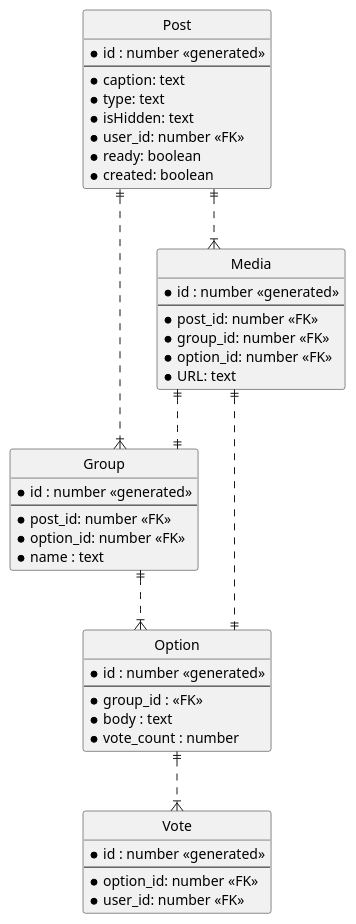
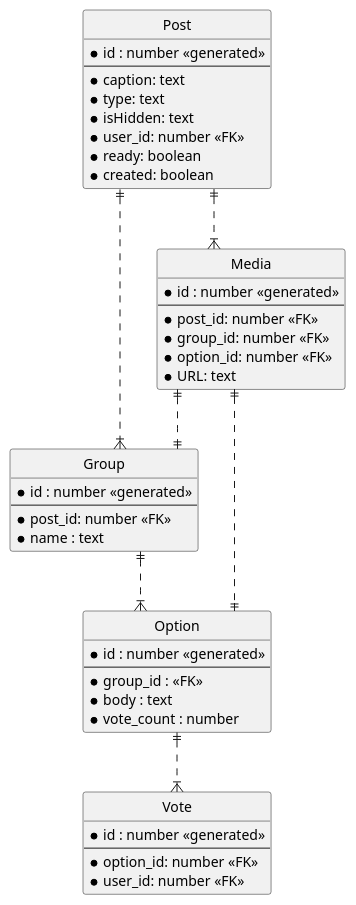
One commit to saifaldin/diagrams changed the diagram in services_diagrams_databases/post/post.database.plantuml. Above: the diagram before and after it, drawn with PlantUML.

Commit message:
fix DB group table column

```diff
--- a/services_diagrams_databases/post/post.database.plantuml
+++ b/services_diagrams_databases/post/post.database.plantuml
@@ -1,60 +1,59 @@
 @startuml posts_database
 ' hide the spot
 hide circle
 
 ' avoid problems with angled crows feet
 skinparam linetype ortho
 
 entity "Post" as post {
     *id : number <<generated>>
     --
     *caption: text
     *type: text
     *isHidden: text
     *user_id: number <<FK>>
     *ready: boolean
     *created: boolean
 }
 
 entity "Media" as media {
     *id : number <<generated>>
     --
     *post_id: number <<FK>>
     *group_id: number <<FK>>
     *option_id: number <<FK>>
     *URL: text
 }
 
 entity "Group" as group {
     *id : number <<generated>>
     --
     *post_id: number <<FK>>
-    *option_id: number <<FK>>
     *name : text
 }
 
 entity "Option" as option {
     *id : number <<generated>>
     --
     'content column is just text content of the text options
     'images are requested from media service by post id
     *group_id : <<FK>>
     *body : text
     *vote_count : number
 }
 
 entity "Vote" as vote {
     *id : number <<generated>>
     --
     *option_id: number <<FK>>
     *user_id: number <<FK>>
 }
 
 post ||..|{ media
 post ||..|{ group
 group ||..|{ option
 option ||..|{ vote
 media ||..|| option
 media ||..|| group
 
 @enduml
```
